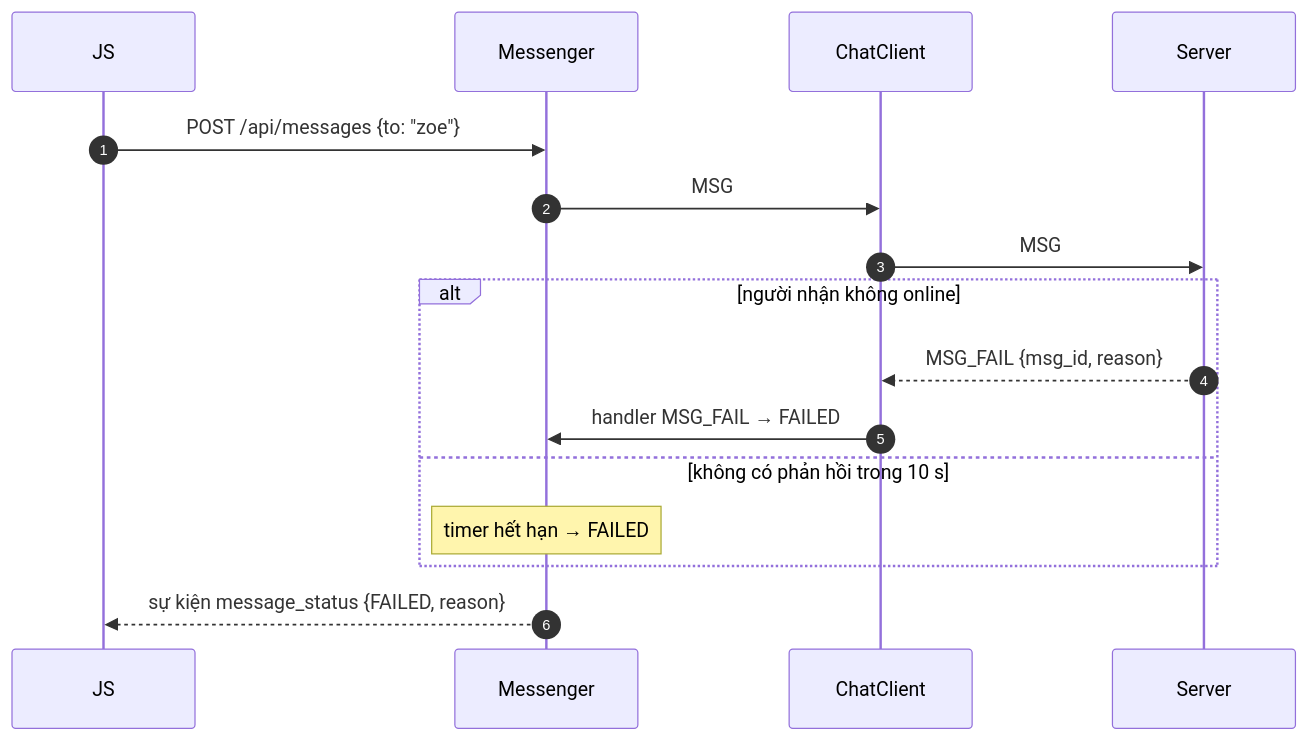
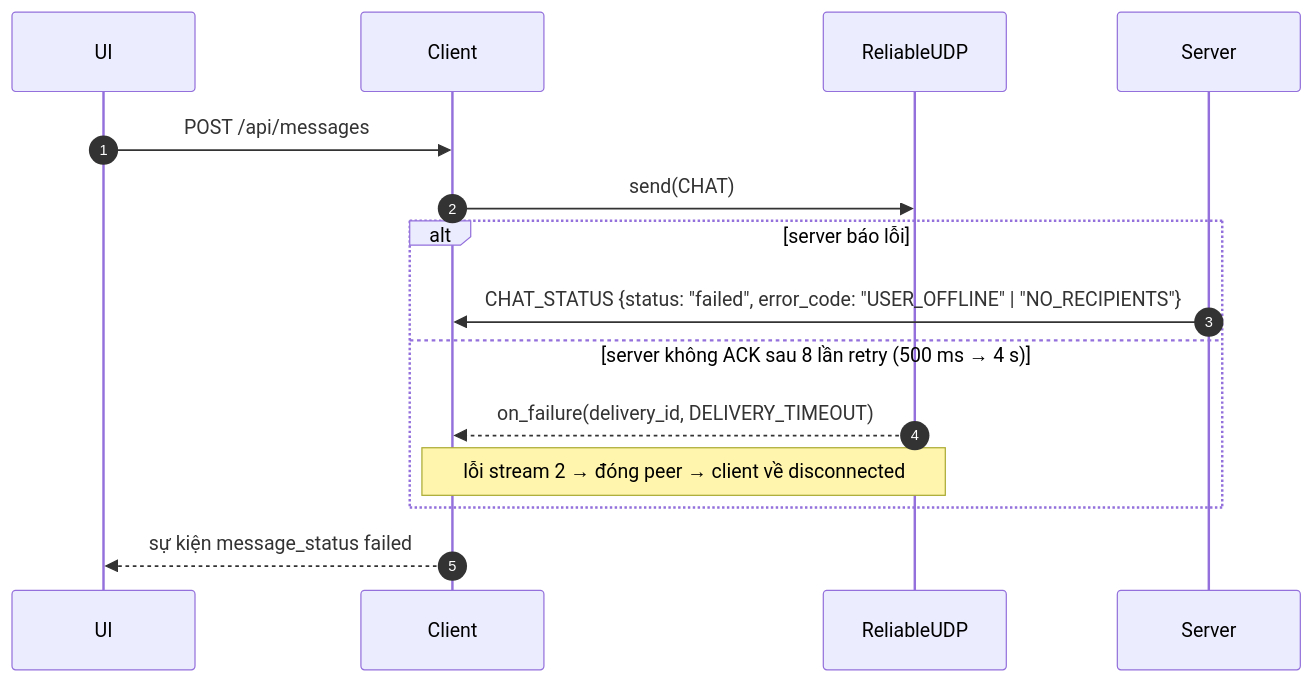
One commit to LevinDaWiz/TN-CO3094-ComputerNetwork-ASM1 changed the third of 5 diagrams in docs/sequence.md. Above: the diagram before and after it, drawn with Mermaid. The commit also changed other lines of this file and 4 other files, not shown here.

First line of the commit message:
Refactor messaging system to support streamlined message handling and status tracking

````diff
--- a/docs/sequence.md
+++ b/docs/sequence.md
@@ -73,19 +82,18 @@
 ```mermaid
 sequenceDiagram
     autonumber
-    participant UA as JS
-    participant MS as Messenger
-    participant CL as ChatClient
+    participant UA as UI
+    participant CA as Client
+    participant RU as ReliableUDP
     participant SV as Server
 
-    UA->>MS: POST /api/messages {to: "zoe"}
-    MS->>CL: MSG
-    CL->>SV: MSG
-    alt người nhận không online
-        SV-->>CL: MSG_FAIL {msg_id, reason}
-        CL->>MS: handler MSG_FAIL → FAILED
-    else không có phản hồi trong 10 s
-        Note over MS: timer hết hạn → FAILED
+    UA->>CA: POST /api/messages
+    CA->>RU: send(CHAT)
+    alt server báo lỗi
+        SV->>CA: CHAT_STATUS {status: "failed", error_code: "USER_OFFLINE" | "NO_RECIPIENTS"}
+    else server không ACK sau 8 lần retry (500 ms → 4 s)
+        RU-->>CA: on_failure(delivery_id, DELIVERY_TIMEOUT)
+        Note over RU,CA: lỗi stream 2 → đóng peer → client về disconnected
     end
-    MS-->>UA: sự kiện message_status {FAILED, reason}
+    CA-->>UA: sự kiện message_status failed
 ```
````
